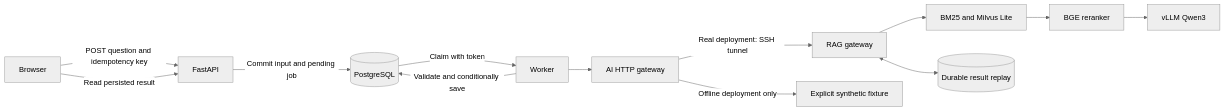
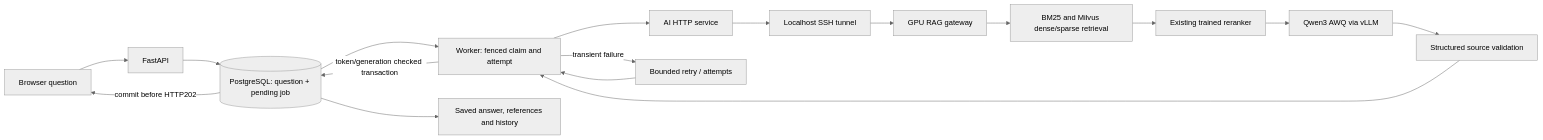
Before and after one commit to HBJZoyd/maie6000c: the diagram in docs/architecture.md, drawn with Mermaid (neutral theme). The commit also changed other lines of this file and 53 other files, not shown here.

````diff
--- a/docs/architecture.md
+++ b/docs/architecture.md
@@ -30,15 +3,19 @@
-~~~mermaid
+```mermaid
 flowchart LR
-    UI[Browser] -->|POST question and idempotency key| API[FastAPI]
-    API -->|Commit input and pending job| DB[(PostgreSQL)]
-    DB -->|Claim with token| W[Worker]
-    W --> AI[AI HTTP gateway]
-    AI -->|Real deployment: SSH tunnel| RAG[RAG gateway]
-    RAG --> RET[BM25 and Milvus Lite]
-    RET --> RR[BGE reranker]
-    RR --> LLM[vLLM Qwen3]
-    RAG <--> CACHE[(Durable result replay)]
-    AI -->|Offline deployment only| F[Explicit synthetic fixture]
-    W -->|Validate and conditionally save| DB
-    UI -->|Read persisted result| API
-~~~
+ U[Browser question] --> A[FastAPI]
+ A --> P[(PostgreSQL: question + pending job)]
+ P -->|commit before HTTP202| U
+ P --> W[Worker: fenced claim and attempt]
+ W --> S[AI HTTP service]
+ S --> T[Localhost SSH tunnel]
+ T --> G[GPU RAG gateway]
+ G --> B[BM25 and Milvus dense/sparse retrieval]
+ B --> R[Existing trained reranker]
+ R --> Q[Qwen3 AWQ via vLLM]
+ Q --> V[Structured source validation]
+ V --> W
+ W -->|token/generation checked transaction| P
+ P --> H[Saved answer, references and history]
+ W -->|transient failure| J[Bounded retry / attempts]
+ J --> W
+```
````
